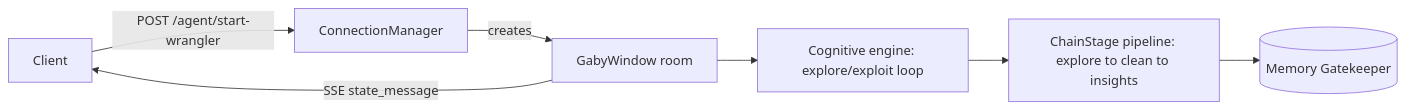
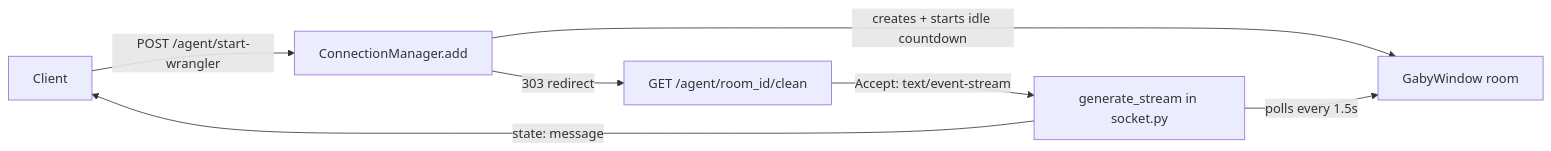
Before and after one commit to whoamimi/gaby-decisions: the diagram in README.md, drawn with Mermaid. The commit also changed other lines of this file, not shown here.

````diff
--- a/README.md
+++ b/README.md
@@ -65,9 +60,9 @@
 ```mermaid
 flowchart LR
-    U[Client] -->|POST /agent/start-wrangler| Manager[ConnectionManager]
-    Manager -->|creates| Room[GabyWindow room]
-    Room --> Cognitive[Cognitive engine: explore/exploit loop]
-    Cognitive --> Pipeline[ChainStage pipeline: explore to clean to insights]
-    Pipeline --> Memory[(Memory Gatekeeper)]
-    Room -->|SSE state_message| U
+    U[Client] -->|POST /agent/start-wrangler| Manager[ConnectionManager.add]
+    Manager -->|creates + starts idle countdown| Room[GabyWindow room]
+    Manager -->|303 redirect| Window[GET /agent/room_id/clean]
+    Window -->|Accept: text/event-stream| Stream[generate_stream in socket.py]
+    Stream -->|polls every 1.5s| Room
+    Stream -->|state: message| U
 ```
````
